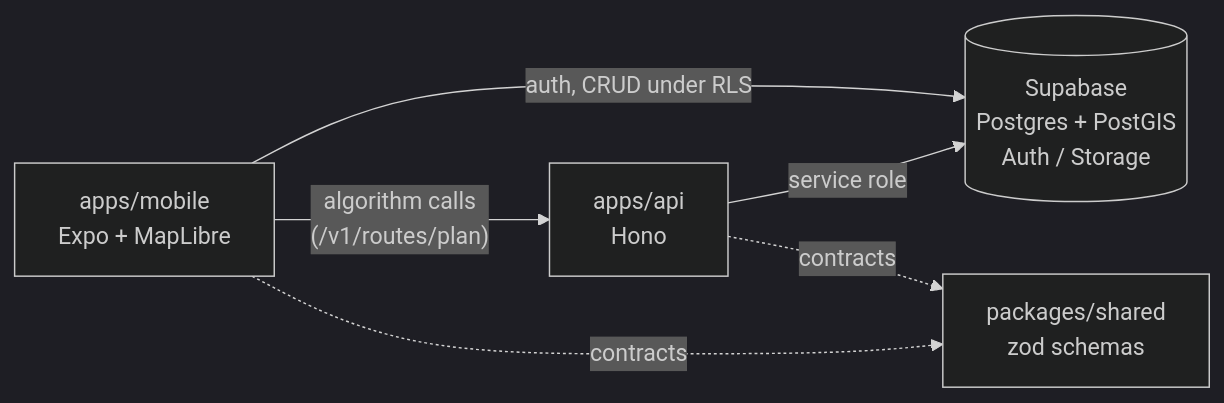
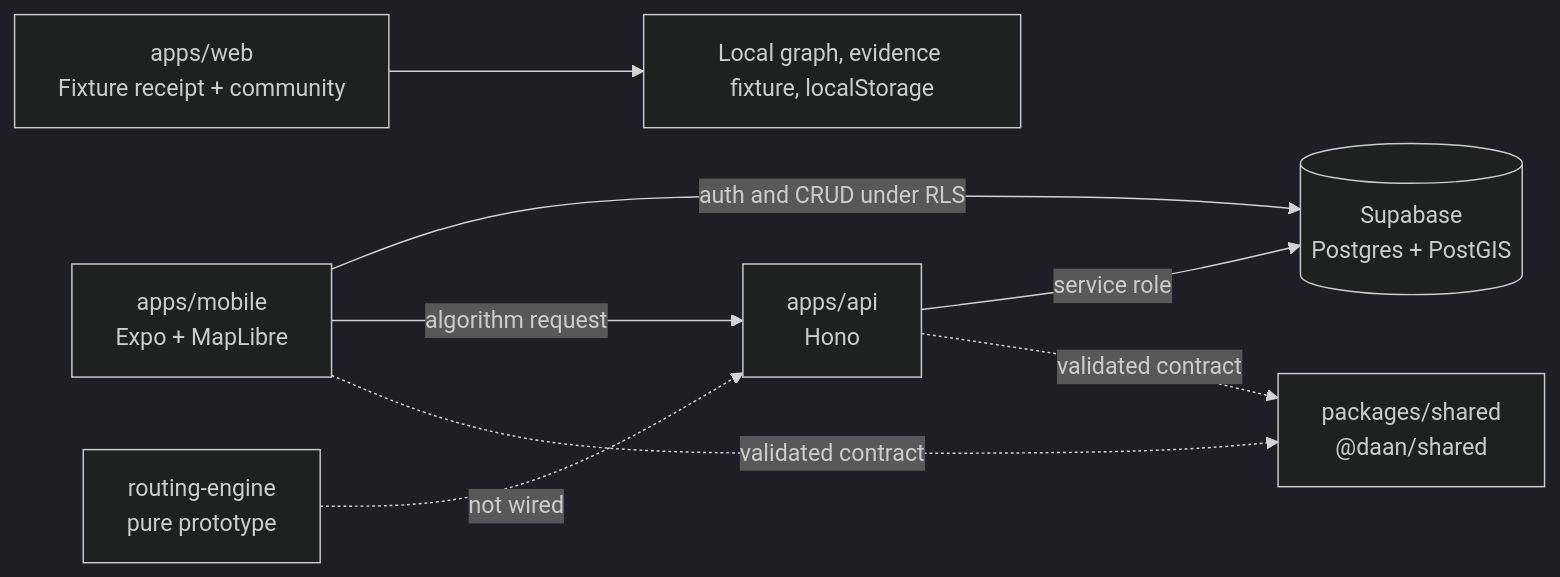
One commit to codex-zerocodeX/project-daan changed the diagram in docs/architecture.md. Above: the diagram before and after it, drawn with Mermaid (dark theme). The commit also changed other lines of this file and 59 other files, not shown here.

````diff
--- a/docs/architecture.md
+++ b/docs/architecture.md
@@ -3,8 +3,10 @@
 ```mermaid
 flowchart LR
-    M[apps/mobile\nExpo + MapLibre] -->|auth, CRUD under RLS| S[(Supabase\nPostgres + PostGIS\nAuth / Storage)]
-    M -->|"algorithm calls\n(/v1/routes/plan)"| A[apps/api\nHono]
-    A -->|service role| S
-    M -.->|contracts| SH[packages/shared\nzod schemas]
-    A -.->|contracts| SH
+    W["apps/web\nFixture receipt + community"] --> WF["Local graph, evidence fixture, localStorage"]
+    M["apps/mobile\nExpo + MapLibre"] -->|"auth and CRUD under RLS"| S[("Supabase\nPostgres + PostGIS")]
+    M -->|"algorithm request"| A["apps/api\nHono"]
+    A -->|"service role"| S
+    M -.->|"validated contract"| SH["packages/shared\n@daan/shared"]
+    A -.->|"validated contract"| SH
+    R["routing-engine\npure prototype"] -.->|"not wired"| A
 ```
````
